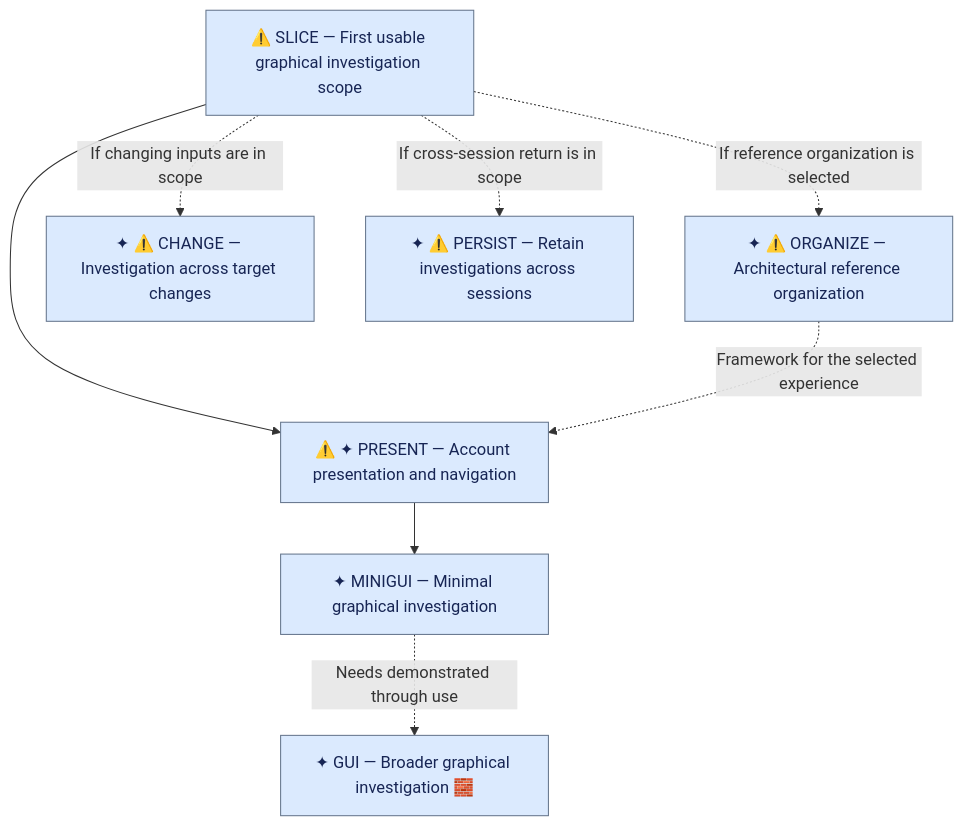
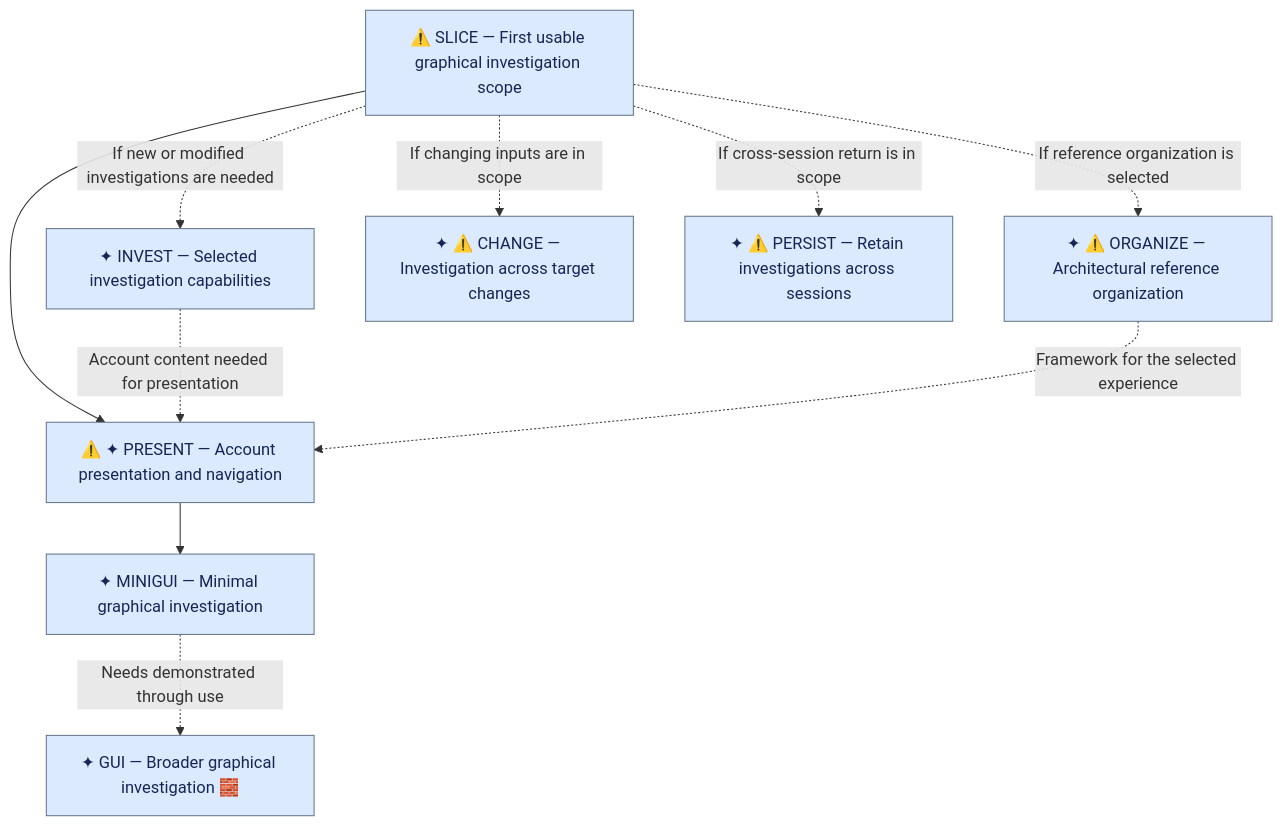
Before and after one commit to ronen/postcode: the diagram in steering/upcoming-work.md, drawn with Mermaid. The commit also changed other lines of this file, not shown here.

Commit message:
Separate graphical scope selection from investigation implementation

````diff
--- a/steering/upcoming-work.md
+++ b/steering/upcoming-work.md
@@ -75,12 +75,14 @@
 ```mermaid
 flowchart TD
     SLICE["⚠️ SLICE — First usable graphical investigation scope"] --> PRESENT["⚠️ ✦ PRESENT — Account presentation and navigation"]
+    SLICE -. If new or modified investigations are needed .-> INVEST["✦ INVEST — Selected investigation capabilities"]
+    INVEST -. Account content needed for presentation .-> PRESENT
     SLICE -. If reference organization is selected .-> ORGANIZE["✦ ⚠️ ORGANIZE — Architectural reference organization"]
     ORGANIZE -. Framework for the selected experience .-> PRESENT
     PRESENT --> MINIGUI["✦ MINIGUI — Minimal graphical investigation"]
     MINIGUI -. Needs demonstrated through use .-> GUI["✦ GUI — Broader graphical investigation 🧱"]
     SLICE -. If changing inputs are in scope .-> CHANGE["✦ ⚠️ CHANGE — Investigation across target changes"]
     SLICE -. If cross-session return is in scope .-> PERSIST["✦ ⚠️ PERSIST — Retain investigations across sessions"]
 
     classDef default fill:#dbeafe,stroke:#64748b,color:#172554
 ```
````
